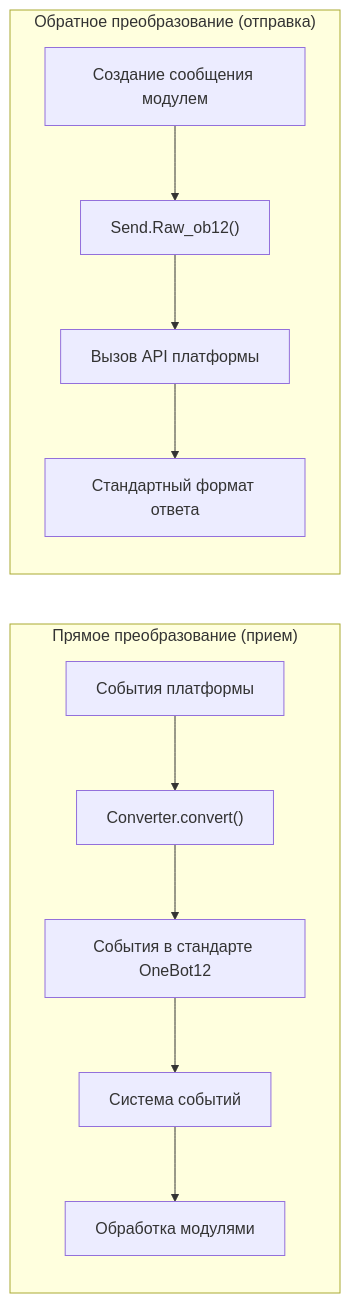
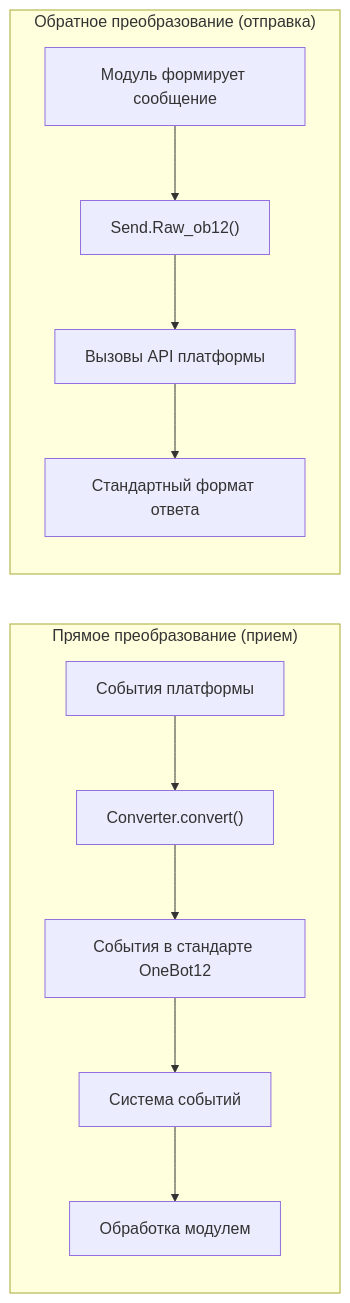
One commit to ErisPulse/ErisPulse changed the diagram in docs/ru/developer-guide/adapters/getting-started.md. Above: the diagram before and after it, drawn with Mermaid. The commit also changed other lines of this file and 79 other files, not shown here.

````diff
--- a/docs/ru/developer-guide/adapters/getting-started.md
+++ b/docs/ru/developer-guide/adapters/getting-started.md
@@ -18,11 +18,11 @@
 ```mermaid
 flowchart LR
     subgraph receive["Прямое преобразование (прием)"]
         direction TB
-        P1["События платформы"] --> C1["Converter.convert()"] --> O1["События в стандарте OneBot12"] --> S1["Система событий"] --> M1["Обработка модулями"]
+        P1["События платформы"] --> C1["Converter.convert()"] --> O1["События в стандарте OneBot12"] --> S1["Система событий"] --> M1["Обработка модулем"]
     end
     subgraph send["Обратное преобразование (отправка)"]
         direction TB
-        M2["Создание сообщения модулем"] --> R1["Send.Raw_ob12()"] --> N1["Вызов API платформы"] --> R2["Стандартный формат ответа"]
+        M2["Модуль формирует сообщение"] --> R1["Send.Raw_ob12()"] --> N1["Вызовы API платформы"] --> R2["Стандартный формат ответа"]
     end
 ```
````
